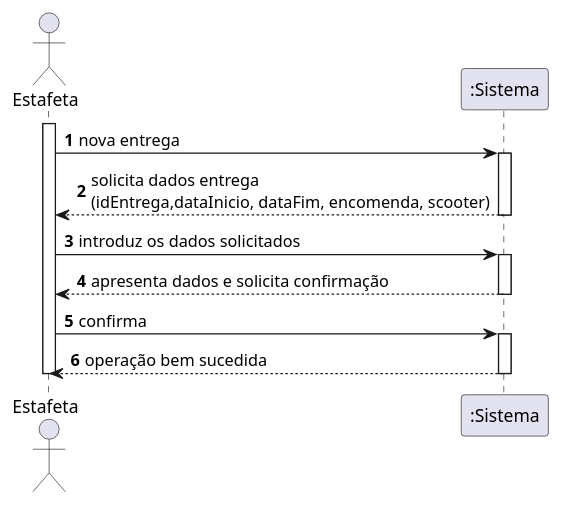
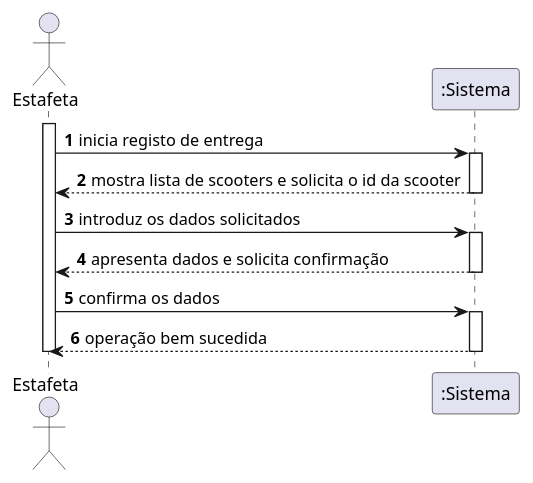
One commit to pedrolemos4/LAPR3 changed the diagram in docs/UC14/RegistoEntregaSSD.puml. Above: the diagram before and after it, drawn with PlantUML. The commit also changed 7 other files, not shown here.

Commit message:
LAP3AP4-43 #close Registo Entrega [Review]

```diff
--- a/docs/UC14/RegistoEntregaSSD.puml
+++ b/docs/UC14/RegistoEntregaSSD.puml
@@ -1,22 +1,22 @@
 @startuml
 autonumber
 actor "Estafeta" as EST
 
 activate EST
-EST -> ":Sistema" : nova entrega
+EST -> ":Sistema" : inicia registo de entrega
 activate ":Sistema"
-":Sistema" --> EST : solicita dados entrega \n(idEntrega,dataInicio, dataFim, encomenda, scooter)
+":Sistema" --> EST : mostra lista de scooters e solicita o id da scooter
 deactivate ":Sistema"
 
 EST -> ":Sistema" : introduz os dados solicitados
 activate ":Sistema"
 ":Sistema" --> EST : apresenta dados e solicita confirmação
 deactivate ":Sistema"
 
-EST -> ":Sistema" : confirma
+EST -> ":Sistema" : confirma os dados
 activate ":Sistema"
 ":Sistema" --> EST : operação bem sucedida
 deactivate ":Sistema"
 
 deactivate EST
 @enduml
```
